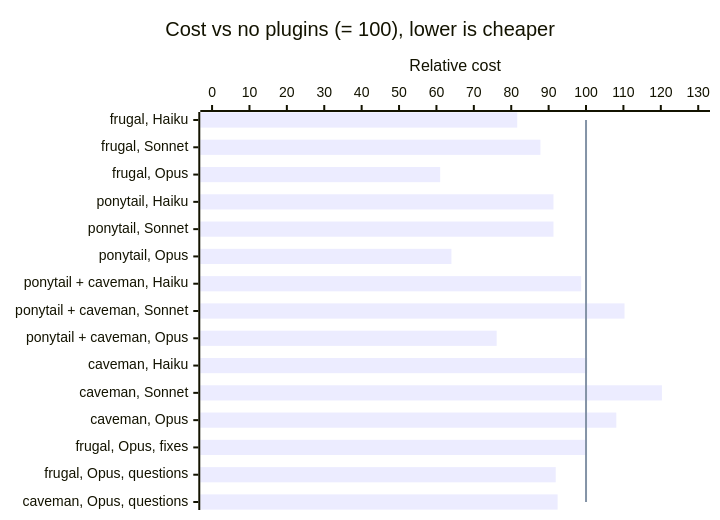
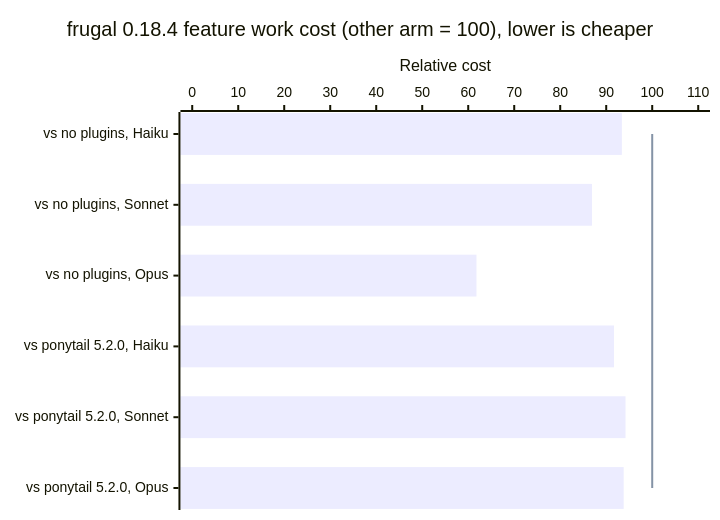
Before and after one commit to CroaBeast/frugal: the diagram in README.md, drawn with Mermaid. The commit also changed other lines of this file, not shown here.

Commit message:
docs: refresh the readme chart

````diff
--- a/README.md
+++ b/README.md
@@ -111,8 +111,8 @@
 ```mermaid
 xychart-beta horizontal
-    title "Cost vs no plugins (= 100), lower is cheaper"
-    x-axis ["frugal, Haiku", "frugal, Sonnet", "frugal, Opus", "ponytail, Haiku", "ponytail, Sonnet", "ponytail, Opus", "ponytail + caveman, Haiku", "ponytail + caveman, Sonnet", "ponytail + caveman, Opus", "caveman, Haiku", "caveman, Sonnet", "caveman, Opus", "frugal, Opus, fixes", "frugal, Opus, questions", "caveman, Opus, questions"]
-    y-axis "Relative cost" 0 --> 130
-    bar [81.6, 87.8, 61.0, 91.3, 91.3, 64.0, 98.7, 110.3, 76.1, 100.3, 120.3, 108.1, 100.1, 91.9, 92.4]
-    line [100, 100, 100, 100, 100, 100, 100, 100, 100, 100, 100, 100, 100, 100, 100]
+    title "frugal 0.18.4 feature work cost (other arm = 100), lower is cheaper"
+    x-axis ["vs no plugins, Haiku", "vs no plugins, Sonnet", "vs no plugins, Opus", "vs ponytail 5.2.0, Haiku", "vs ponytail 5.2.0, Sonnet", "vs ponytail 5.2.0, Opus"]
+    y-axis "Relative cost" 0 --> 110
+    bar [93.4, 86.9, 61.8, 91.7, 94.2, 93.8]
+    line [100, 100, 100, 100, 100, 100]
 ```
````
